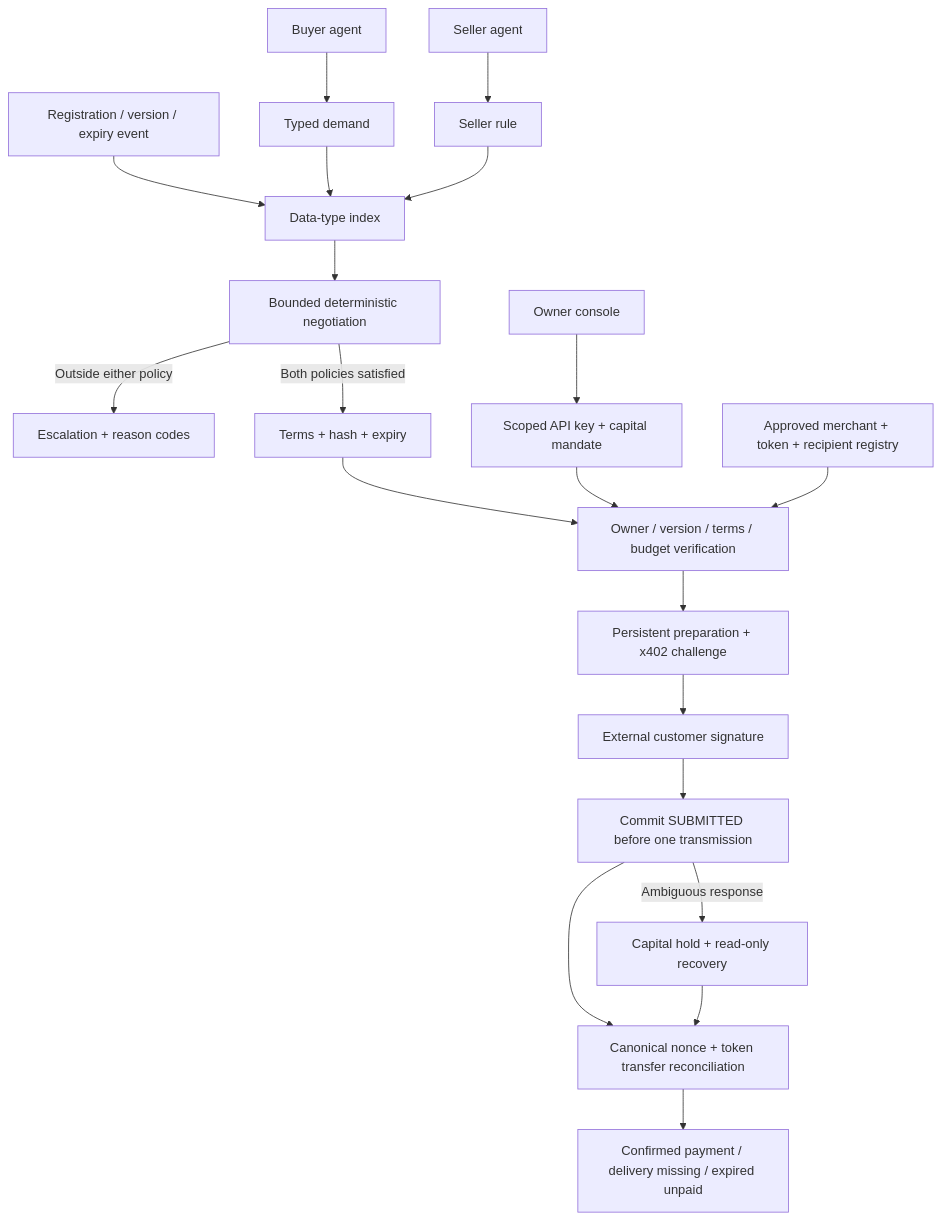
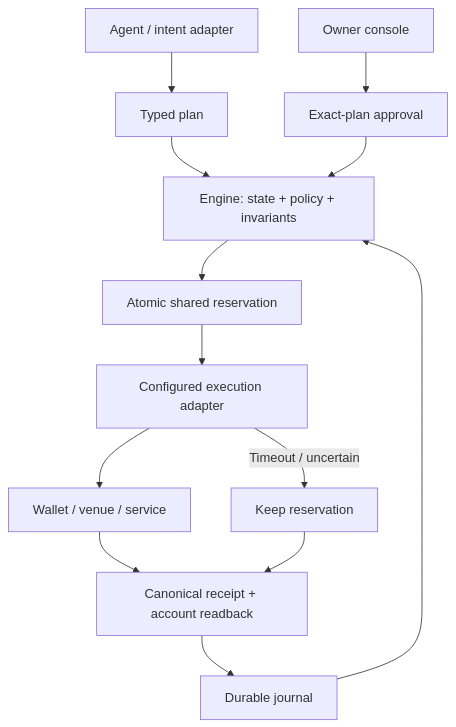
Before and after one commit to skew-labs/economic-machine: the first of 2 diagrams in docs/ARCHITECTURE.md, drawn with Mermaid. The commit also changed other lines of this file and 515 other files, not shown here.

````diff
--- a/docs/ARCHITECTURE.md
+++ b/docs/ARCHITECTURE.md
@@ -6,22 +18,15 @@
 ```mermaid
-flowchart TD
-    B[Buyer agent] --> D[Typed demand]
-    S[Seller agent] --> R[Seller rule]
-    E[Registration / version / expiry event] --> I[Data-type index]
-    D --> I
-    R --> I
-    I --> N[Bounded deterministic negotiation]
-    N -->|Outside either policy| X[Escalation + reason codes]
-    N -->|Both policies satisfied| T[Terms + hash + expiry]
-    O[Owner console] --> K[Scoped API key + capital mandate]
-    T --> G[Owner / version / terms / budget verification]
-    K --> G
-    A[Approved merchant + token + recipient registry] --> G
-    G --> P[Persistent preparation + x402 challenge]
-    P --> W[External customer signature]
-    W --> U[Commit SUBMITTED before one transmission]
-    U --> C[Canonical nonce + token transfer reconciliation]
-    C --> F[Confirmed payment / delivery missing / expired unpaid]
-    U -->|Ambiguous response| H[Capital hold + read-only recovery]
-    H --> C
+flowchart TB
+  Agent[Agent / intent adapter] --> Plan[Typed plan]
+  Console[Owner console] --> Approval[Exact-plan approval]
+  Plan --> Kernel[Engine: state + policy + invariants]
+  Approval --> Kernel
+  Kernel --> Reserve[Atomic shared reservation]
+  Reserve --> Execution[Configured execution adapter]
+  Execution --> External[Wallet / venue / service]
+  External --> Reconcile[Canonical receipt + account readback]
+  Reconcile --> Journal[Durable journal]
+  Journal --> Kernel
+  Execution -->|Timeout / uncertain| Hold[Keep reservation]
+  Hold --> Reconcile
 ```
````
